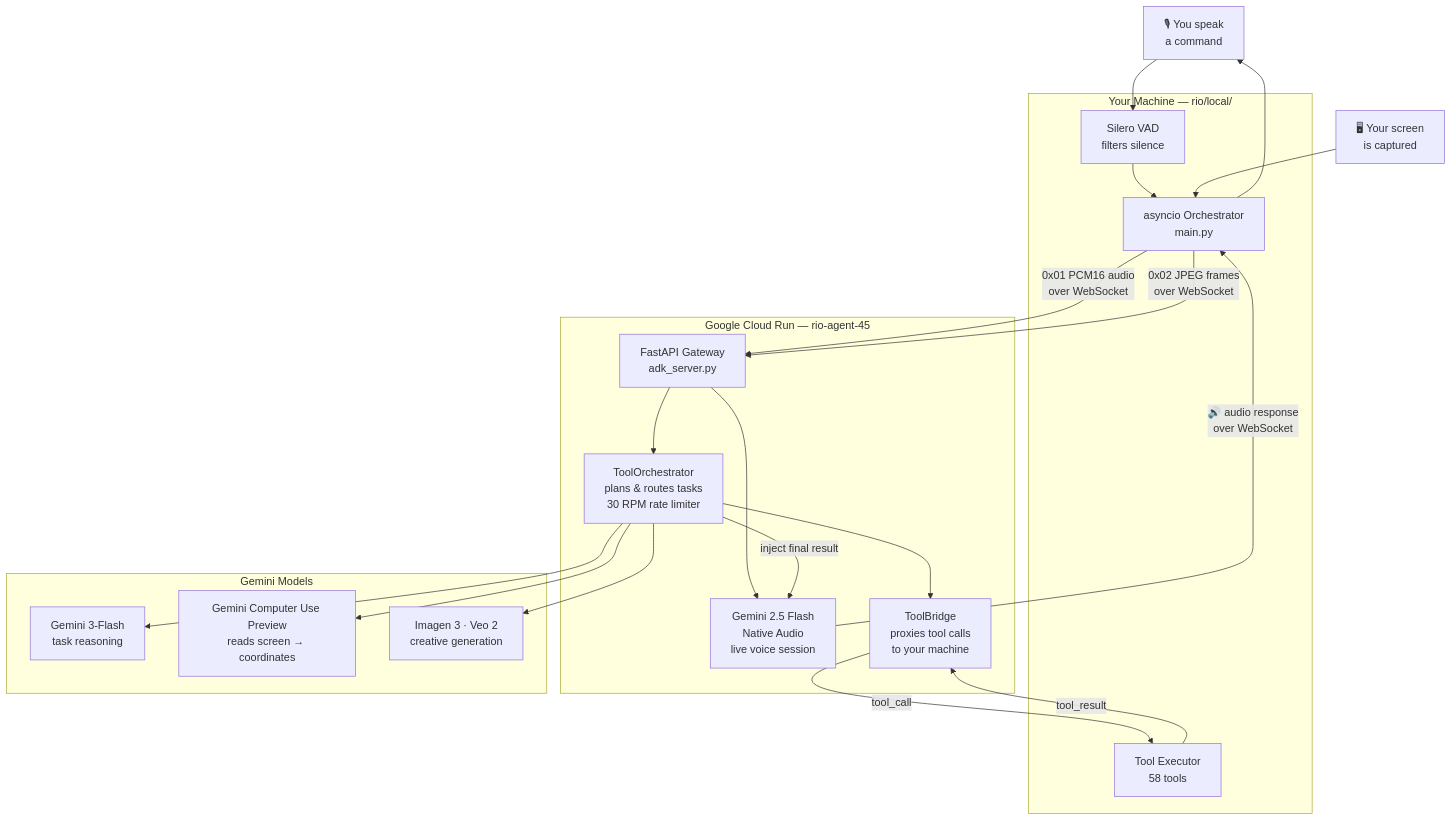
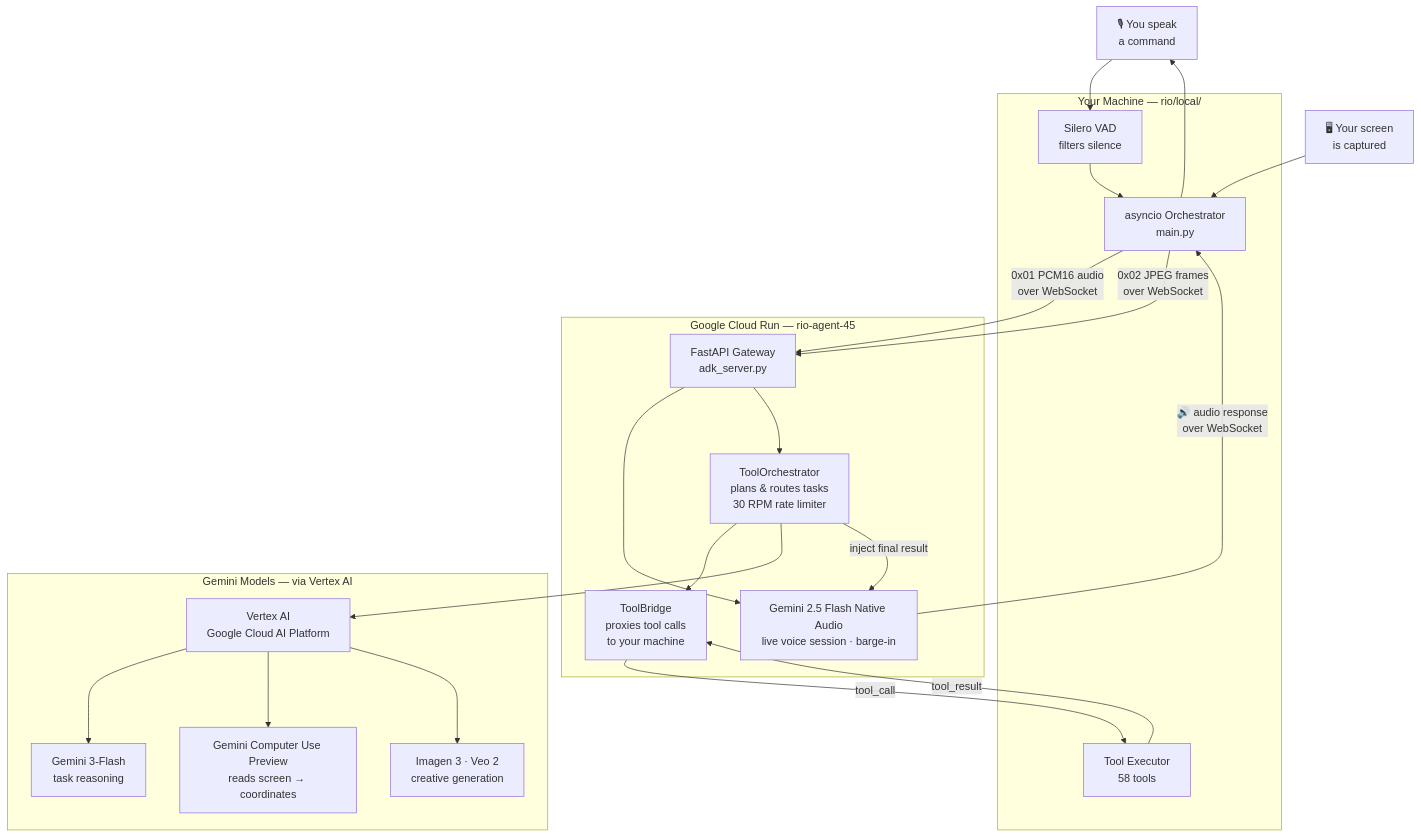
The first of 2 diagrams in README.md (Gowshik-S/Gemini-Live-Agent), drawn with Mermaid before and after one commit. The commit also changed other lines of this file, not shown here.

First line of the commit message:
Revise README for Gemini and Vertex AI updates

````diff
--- a/README.md
+++ b/README.md
@@ -38,43 +38,45 @@
 ```mermaid
 flowchart TD
     U1["🎙 You speak\na command"]
     U2["🖥 Your screen\nis captured"]
 
     subgraph LOCAL["Your Machine  —  rio/local/"]
         L1["Silero VAD\nfilters silence"]
         L2["asyncio Orchestrator\nmain.py"]
         L3["Tool Executor\n58 tools"]
     end
 
     subgraph CLOUD["Google Cloud Run  —  rio-agent-45"]
         C1["FastAPI Gateway\nadk_server.py"]
-        C2["Gemini 2.5 Flash\nNative Audio\nlive voice session"]
+        C2["Gemini 2.5 Flash Native Audio\nlive voice session · barge-in"]
         C3["ToolOrchestrator\nplans & routes tasks\n30 RPM rate limiter"]
         C4["ToolBridge\nproxies tool calls\nto your machine"]
     end
 
-    subgraph MODELS["Gemini Models"]
+    subgraph MODELS["Gemini Models  —  via Vertex AI"]
+        VAI["Vertex AI\nGoogle Cloud AI Platform"]
         M1["Gemini 3-Flash\ntask reasoning"]
         M2["Gemini Computer Use Preview\nreads screen → coordinates"]
         M3["Imagen 3 · Veo 2\ncreative generation"]
+        VAI --> M1 & M2 & M3
     end
 
     U1 --> L1 --> L2
     U2 --> L2
 
     L2 -- "0x01 PCM16 audio\nover WebSocket" --> C1
     L2 -- "0x02 JPEG frames\nover WebSocket" --> C1
 
     C1 --> C2
     C1 --> C3
     C3 --> C4
-    C3 --> M1 & M2 & M3
+    C3 --> VAI
 
     C4 -- "tool_call" --> L3
     L3 -- "tool_result" --> C4
 
     C3 -- "inject final result" --> C2
     C2 -- "🔊 audio response\nover WebSocket" --> L2
 
     L2 --> U1
 ```
````
